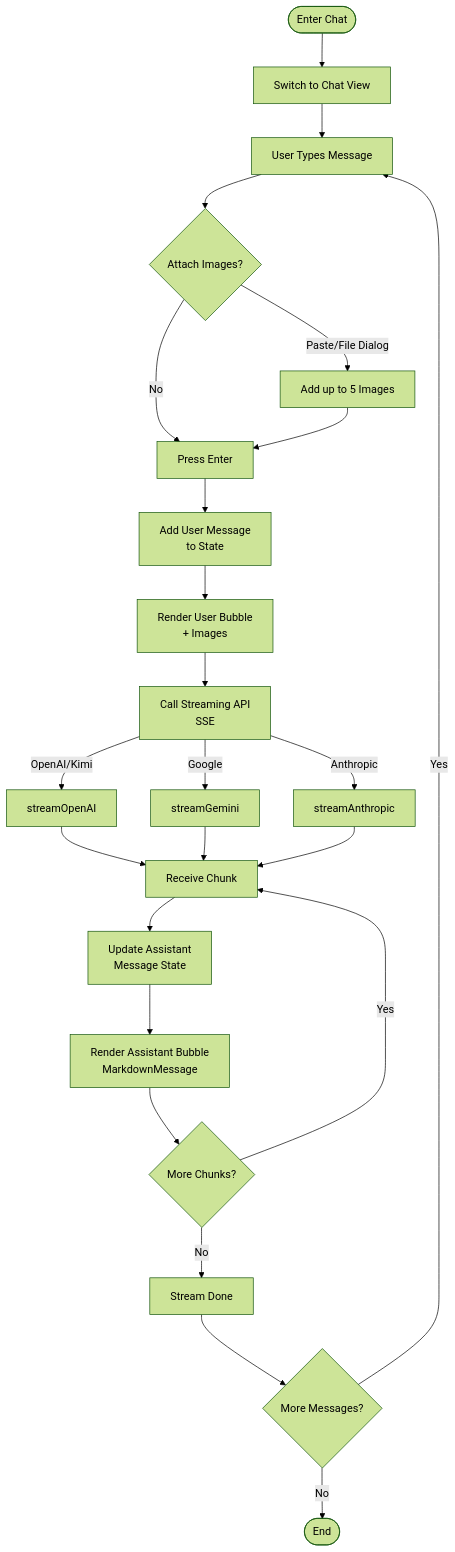
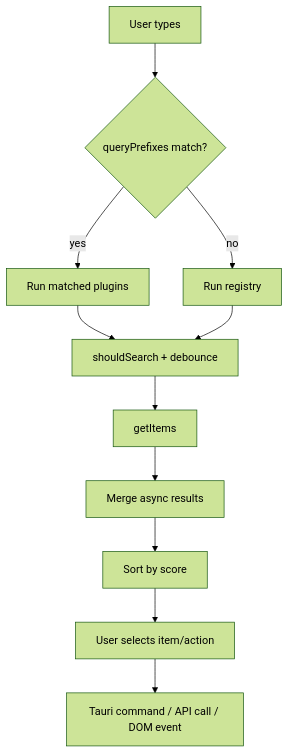
Before and after one commit to RickyDane/gquick: the first of 3 diagrams in arch/diagrams/flow.md, drawn with Mermaid (forest theme). The commit also changed other lines of this file and 44 other files, not shown here.

````diff
--- a/arch/diagrams/flow.md
+++ b/arch/diagrams/flow.md
@@ -92,31 +5,13 @@
 ```mermaid
 flowchart TD
-    Start([Enter Chat]) --> View[Switch to Chat View]
-    View --> Input[User Types Message]
-    Input --> Attach{Attach Images?}
-    Attach -->|Paste/File Dialog| AddImg[Add up to 5 Images]
-    Attach -->|No| Send[Press Enter]
-    AddImg --> Send
-    Send --> AddUser[Add User Message
-to State]
-    AddUser --> Render1[Render User Bubble
-    + Images]
-    Render1 --> Stream[Call Streaming API
-    SSE]
-    Stream -->|OpenAI/Kimi| OpenAI[streamOpenAI]
-    Stream -->|Google| Gemini[streamGemini]
-    Stream -->|Anthropic| Claude[streamAnthropic]
-    OpenAI --> Chunk[Receive Chunk]
-    Gemini --> Chunk
-    Claude --> Chunk
-    Chunk --> Update[Update Assistant
-    Message State]
-    Update --> Render2[Render Assistant Bubble
-    MarkdownMessage]
-    Render2 --> More{More Chunks?}
-    More -->|Yes| Chunk
-    More -->|No| Done[Stream Done]
-    Done --> MoreMsg{More Messages?}
-    MoreMsg -->|Yes| Input
-    MoreMsg -->|No| End([End])
+  Start[User types] --> Prefix{queryPrefixes match?}
+  Prefix -->|yes| Target[Run matched plugins]
+  Prefix -->|no| Registry[Run registry]
+  Target --> Filter[shouldSearch + debounce]
+  Registry --> Filter
+  Filter --> Items[getItems]
+  Items --> Merge[Merge async results]
+  Merge --> Sort[Sort by score]
+  Sort --> Select[User selects item/action]
+  Select --> Effect[Tauri command / API call / DOM event]
 ```
````
